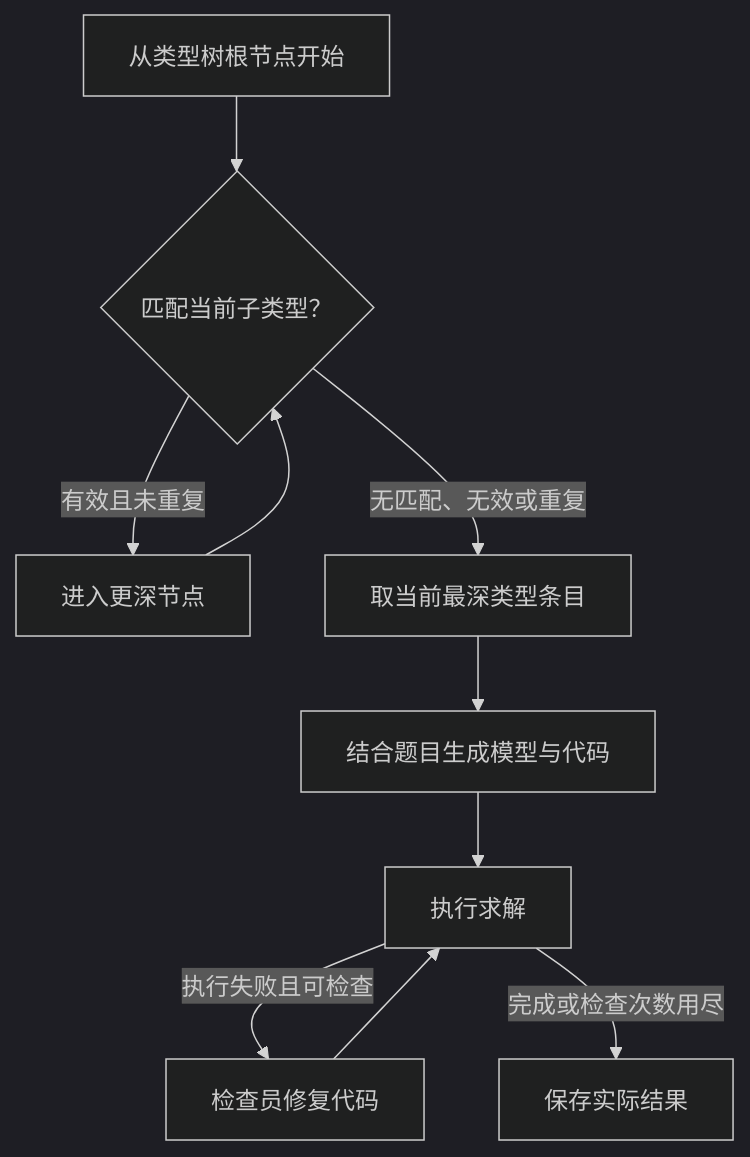
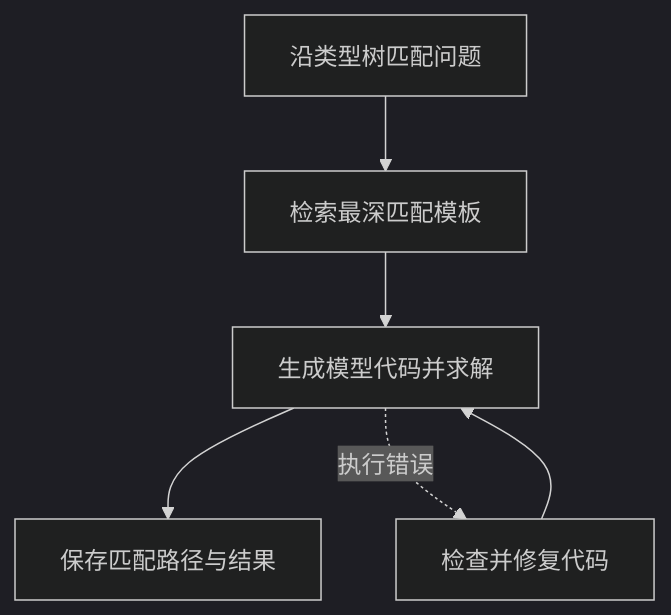
One commit to Fangziyang0910/LLM4OM changed the diagram in website/content/zh/optitree.md. Above: the diagram before and after it, drawn with Mermaid (dark theme). The commit also changed other lines of this file and 231 other files, not shown here.

````diff
--- a/website/content/zh/optitree.md
+++ b/website/content/zh/optitree.md
@@ -11,12 +11,11 @@
 ```mermaid
 flowchart TB
-  Root["从类型树根节点开始"] --> Match{"匹配当前子类型？"}
-  Match -->|有效且未重复| Descend["进入更深节点"]
-  Descend --> Match
-  Match -->|无匹配、无效或重复| Retrieve["取当前最深类型条目"]
-  Retrieve --> Reason["结合题目生成模型与代码"]
-  Reason --> Solve["执行求解"]
-  Solve -->|执行失败且可检查| Inspect["检查员修复代码"]
+  Root["沿类型树匹配问题"]
+  Retrieve["检索最深匹配模板"]
+  Solve["生成模型代码并求解"]
+  Inspect["检查并修复代码"]
+  Finish["保存匹配路径与结果"]
+  Root --> Retrieve --> Solve --> Finish
+  Solve -.->|执行错误| Inspect
   Inspect --> Solve
-  Solve -->|完成或检查次数用尽| Finish["保存实际结果"]
 ```
````
